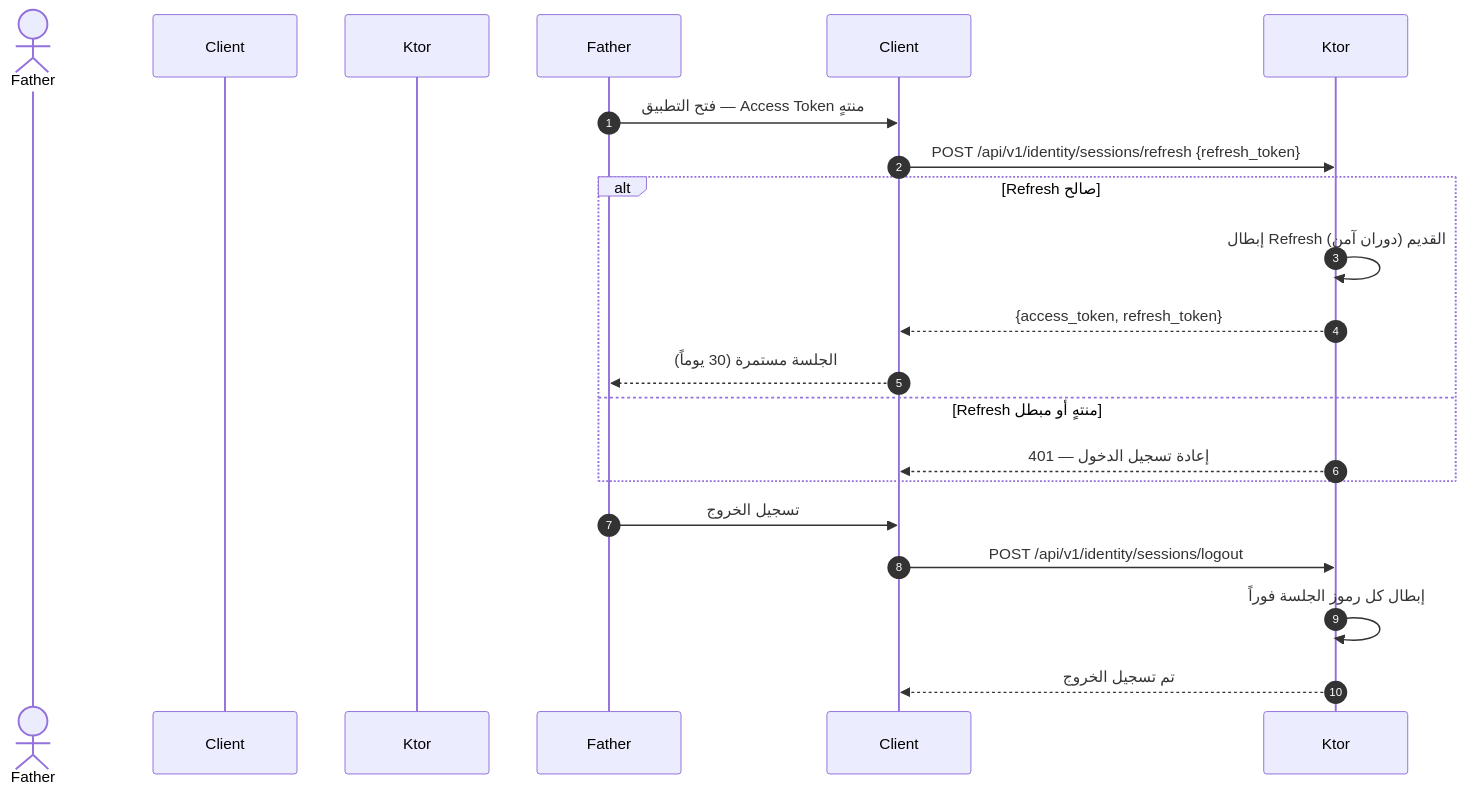
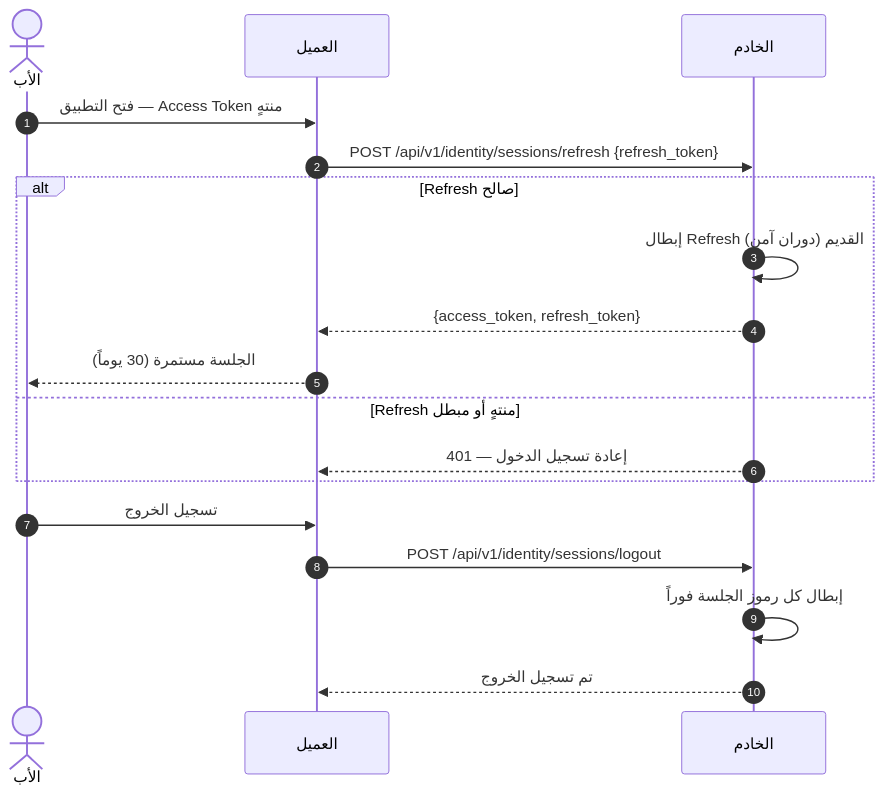
The seventh of 13 diagrams in docs/family-os/governance/phases/phase-1/S1-02-identity-and-onboarding/DIAGRAMS.md (Bassam-mohammed-alqaeadi/family-os-v2), drawn with Mermaid before and after one commit. The commit also changed other lines of this file and 10 other files, not shown here.

Commit message:
إغلاق المراجعة الشاملة R1–R5 (Q-196…Q-231) — المخططات DIAGRAMS + خريطة السياق (2/4)

````diff
--- a/docs/family-os/governance/phases/phase-1/S1-02-identity-and-onboarding/DIAGRAMS.md
+++ b/docs/family-os/governance/phases/phase-1/S1-02-identity-and-onboarding/DIAGRAMS.md
@@ -343,20 +348,20 @@
 ```mermaid
 sequenceDiagram
     autonumber
-    actor الأب as Father
-    participant العميل as Client
-    participant الخادم as Ktor
+    actor Father as الأب
+    participant Client as العميل
+    participant Ktor as الخادم
     Father->>Client: فتح التطبيق — Access Token منتهٍ
     Client->>Ktor: POST /api/v1/identity/sessions/refresh {refresh_token}
     alt Refresh صالح
         Ktor->>Ktor: إبطال Refresh القديم (دوران آمن)
         Ktor-->>Client: {access_token, refresh_token}
         Client-->>Father: الجلسة مستمرة (30 يوماً)
     else Refresh منتهٍ أو مبطل
         Ktor-->>Client: 401 — إعادة تسجيل الدخول
     end
     Father->>Client: تسجيل الخروج
     Client->>Ktor: POST /api/v1/identity/sessions/logout
     Ktor->>Ktor: إبطال كل رموز الجلسة فوراً
     Ktor-->>Client: تم تسجيل الخروج
 ```
````
